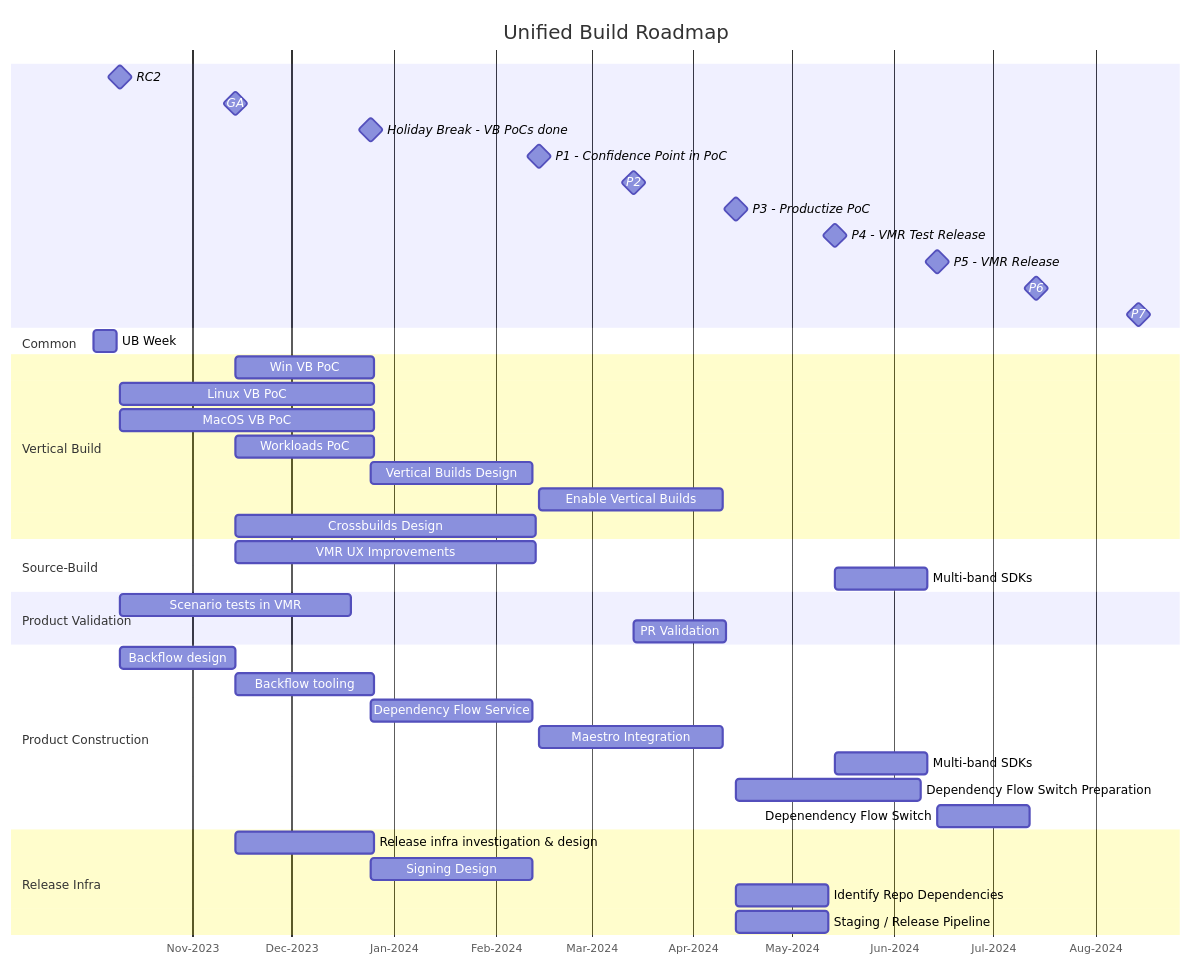
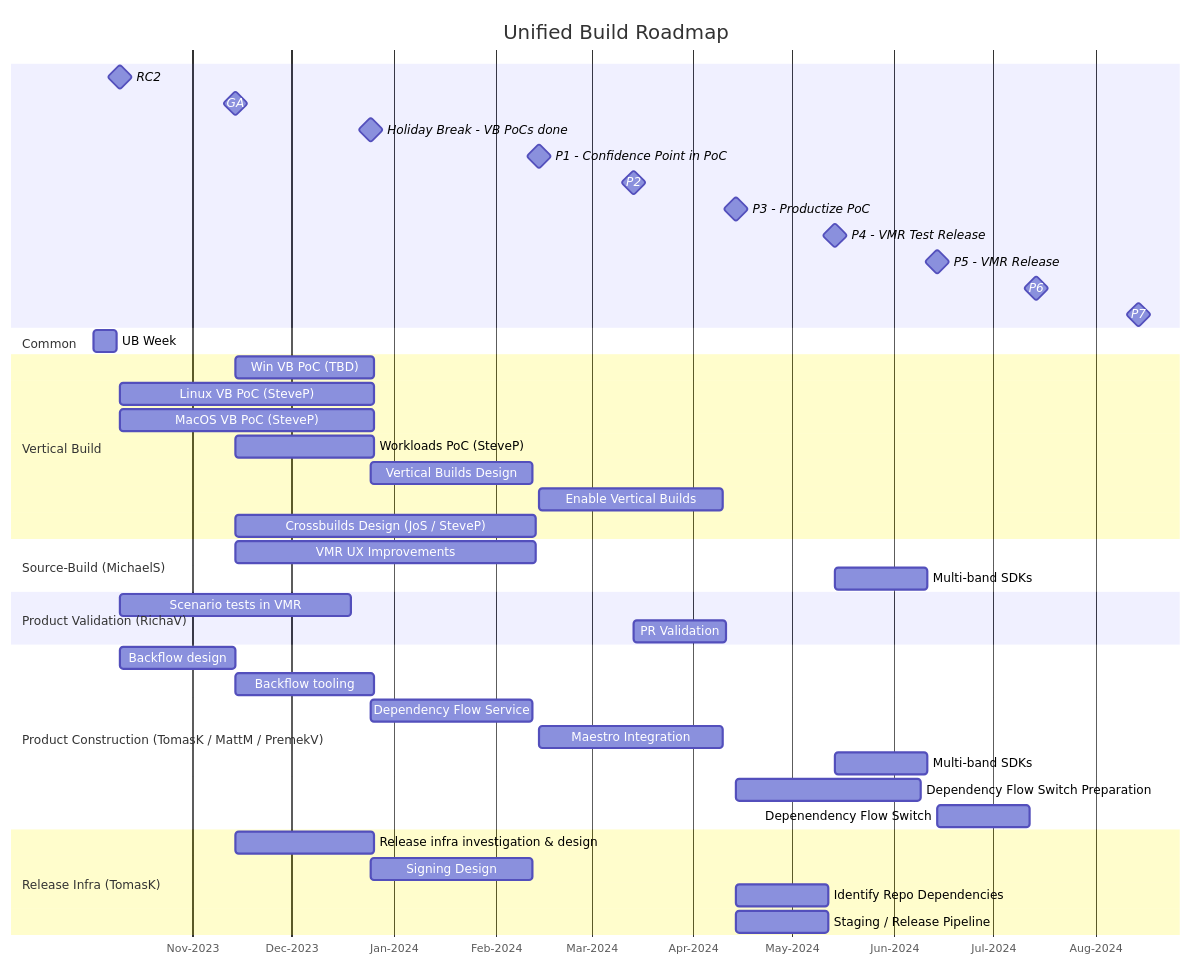
One commit to dotnet/arcade changed the diagram in Documentation/UnifiedBuild/UB-Roadmap.md. Above: the diagram before and after it, drawn with Mermaid.

Commit message:
Ownership assignment

````diff
--- a/Documentation/UnifiedBuild/UB-Roadmap.md
+++ b/Documentation/UnifiedBuild/UB-Roadmap.md
@@ -3,52 +3,52 @@
 ```mermaid
 gantt
     title Unified Build Roadmap
     axisFormat %b-%Y
     RC2: milestone, net8-rc2, 2023-10-10, 0
     GA: milestone, net8-ga, 2023-11-14, 0
     Holiday Break - VB PoCs done: milestone, holiday, 2023-12-25, 0
     %% delta between Holiday and P1 is 7w
     P1 - Confidence Point in PoC: milestone, net9-p1, 2024-02-14, 0
     P2: milestone, net9-p2, 2024-03-14, 0
     P3 - Productize PoC: milestone, net9-p3, 2024-04-14, 0
     P4 - VMR Test Release: milestone, net9-p4, 2024-05-14, 0
     P5 - VMR Release: milestone, net9-p5, 2024-06-14, 0
     P6: milestone, net9-p6, 2024-07-14, 0
     P7: milestone, net9-p7, 2024-08-14, 0
  
     section Common
         UB Week: ub-week, 2023-10-02, 1w
 
     section Vertical Build
-        Win VB PoC: after net8-ga, 6w
-        Linux VB PoC: after net8-rc2, 11w
-        MacOS VB PoC: after net8-rc2, 11w
-        Workloads PoC: after net8-ga, 6w
+        Win VB PoC (TBD): after net8-ga, 6w
+        Linux VB PoC (SteveP): after net8-rc2, 11w
+        MacOS VB PoC (SteveP): after net8-rc2, 11w
+        Workloads PoC (SteveP): after net8-ga, 6w
         Vertical Builds Design: after holiday, 7w
         Enable Vertical Builds: after net9-p1, 8w
-        Crossbuilds Design: after net8-ga, 13w
+        Crossbuilds Design (JoS / SteveP): after net8-ga, 13w
 
-    section Source-Build
+    section Source-Build (MichaelS)
         VMR UX Improvements: after net8-ga, 13w
         Multi-band SDKs: after net9-p4, 4w
 
-    section Product Validation
+    section Product Validation (RichaV)
         Scenario tests in VMR: after net8-rc2, 10w
         PR Validation: after net9-p2, 4w
 
-    section Product Construction
+    section Product Construction (TomasK / MattM / PremekV)
         Backflow design: after net8-rc2, 5w
         Backflow tooling: after net8-ga, 6w
         Dependency Flow Service: after holiday, 7w
         Maestro Integration: after net9-p1, 8w
 
         Multi-band SDKs: after net9-p4, 4w
         Dependency Flow Switch Preparation: after net9-p3, 8w
         Depenendency Flow Switch: after net9-p5, 4w
 
-    section Release Infra
+    section Release Infra (TomasK)
         Release infra investigation & design: after net8-ga, 6w
         Signing Design: after holiday, 7w
         Identify Repo Dependencies: after net9-p3, 4w
         Staging / Release Pipeline: after net9-p3, 4w
 ```
````
